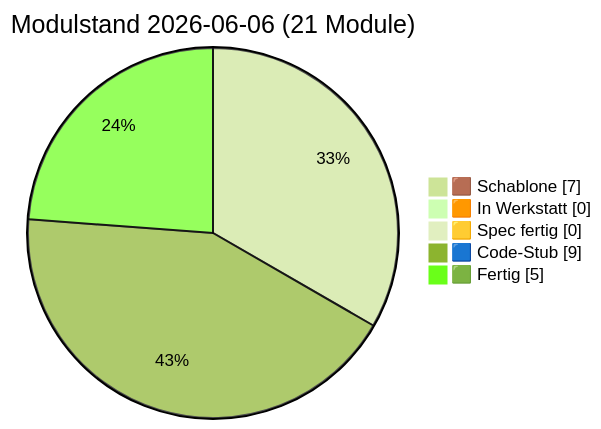
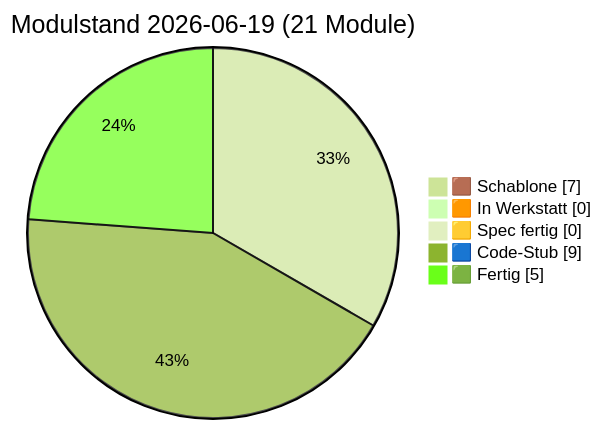
One commit to lausiklauskn-png/Sage-Protokol changed the diagram in docs/PULS.md. Above: the diagram before and after it, drawn with Mermaid (forest theme). The commit also changed other lines of this file and 9 other files, not shown here.

````diff
--- a/docs/PULS.md
+++ b/docs/PULS.md
@@ -21,9 +21,9 @@
 ```mermaid
 pie showData
-  title Modulstand 2026-06-06 (21 Module)
+  title Modulstand 2026-06-19 (21 Module)
   "🟫 Schablone" : 7
   "🟧 In Werkstatt" : 0
   "🟨 Spec fertig" : 0
   "🟦 Code-Stub" : 9
   "🟩 Fertig" : 5
 ```
````
